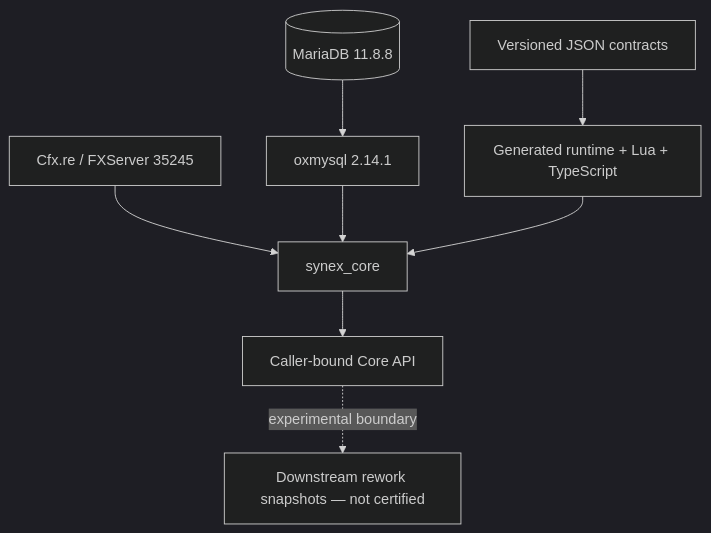
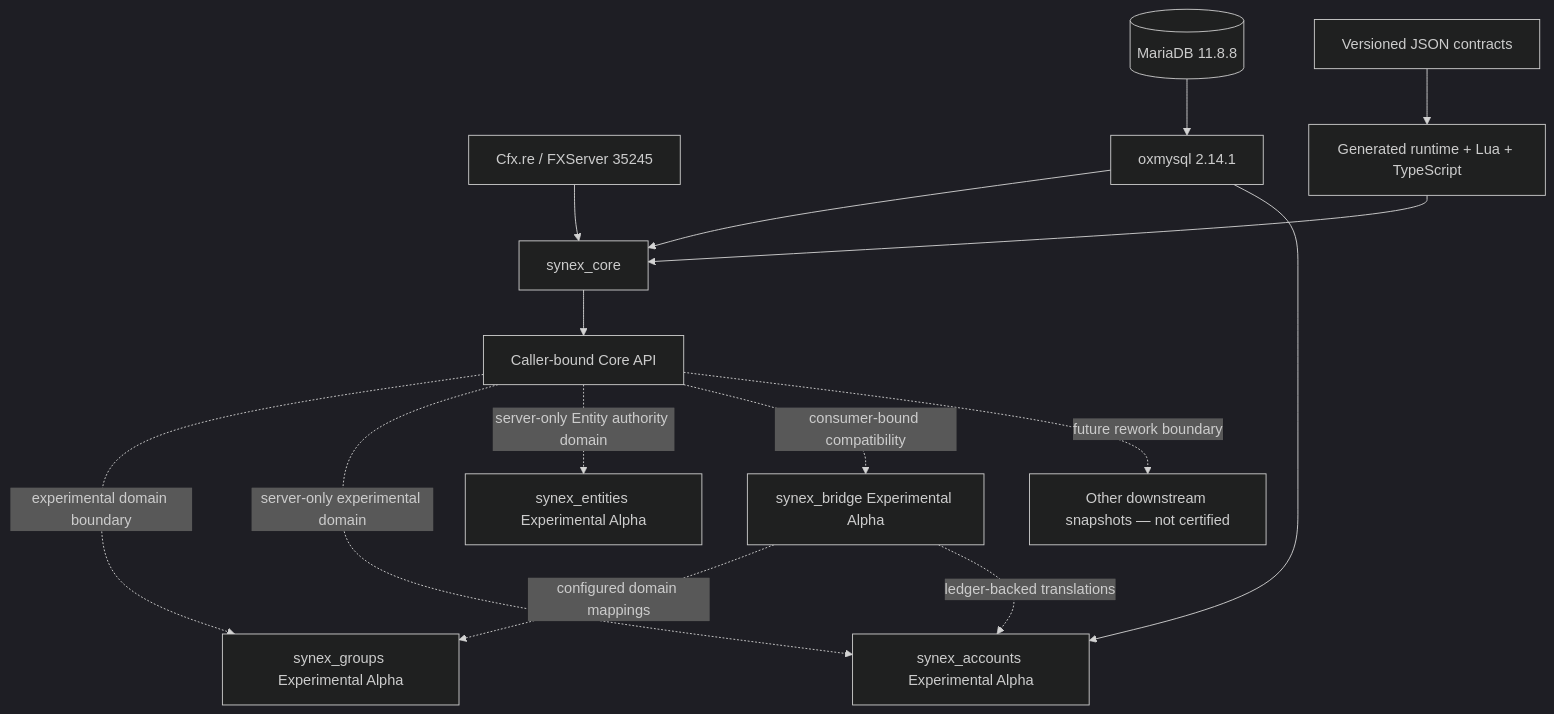
The diagram in README.md (PixelGG/Synex_Framework), drawn with Mermaid (dark theme) before and after one commit. The commit also changed other lines of this file and 590 other files, not shown here.

First line of the commit message:
feat(framework): add domain engines and compatibility platform

````diff
--- a/README.md
+++ b/README.md
@@ -125,11 +157,18 @@
 ```mermaid
 flowchart TB
     CFX["Cfx.re / FXServer 35245"] --> CORE["synex_core"]
     DB[("MariaDB 11.8.8")] --> OX["oxmysql 2.14.1"]
     OX --> CORE
 
     CONTRACTS["Versioned JSON contracts"] --> GENERATED["Generated runtime + Lua + TypeScript"]
     GENERATED --> CORE
     CORE --> API["Caller-bound Core API"]
-    API -. "experimental boundary" .-> REWORK["Downstream rework snapshots — not certified"]
+    API -. "experimental domain boundary" .-> GROUPS["synex_groups Experimental Alpha"]
+    API -. "server-only experimental domain" .-> ACCOUNTS["synex_accounts Experimental Alpha"]
+    API -. "server-only Entity authority domain" .-> ENTITIES["synex_entities Experimental Alpha"]
+    API -. "consumer-bound compatibility" .-> BRIDGE["synex_bridge Experimental Alpha"]
+    OX --> ACCOUNTS
+    BRIDGE -. "configured domain mappings" .-> GROUPS
+    BRIDGE -. "ledger-backed translations" .-> ACCOUNTS
+    API -. "future rework boundary" .-> REWORK["Other downstream snapshots — not certified"]
 ```
````
